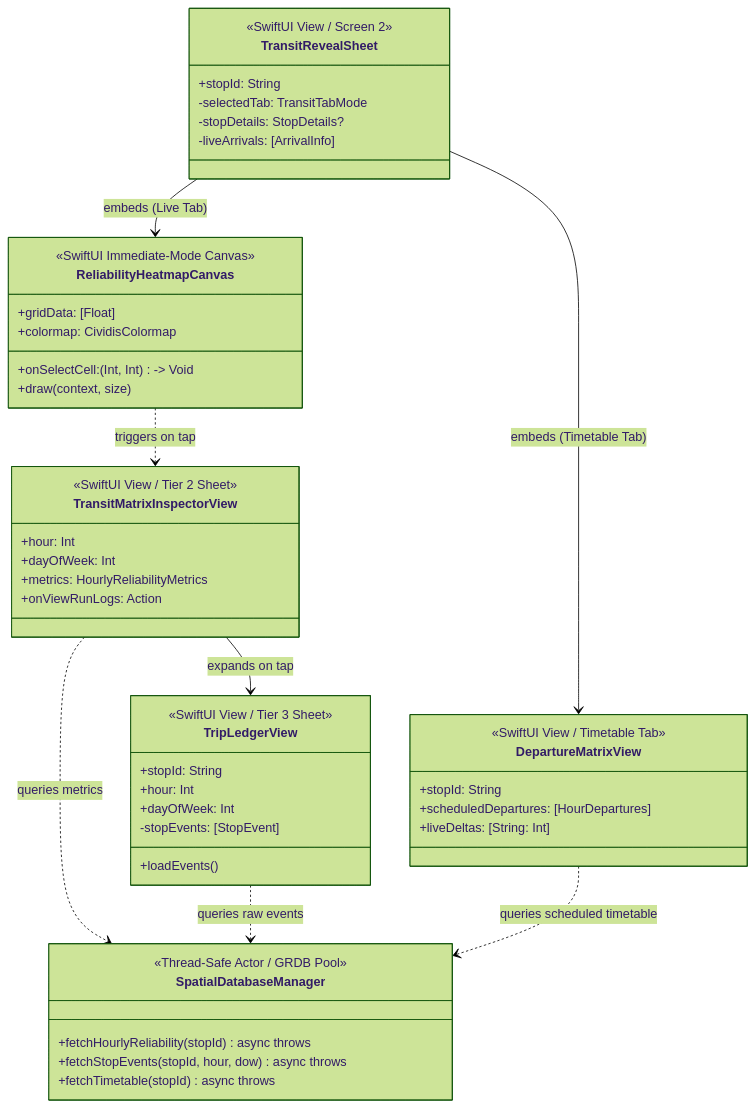
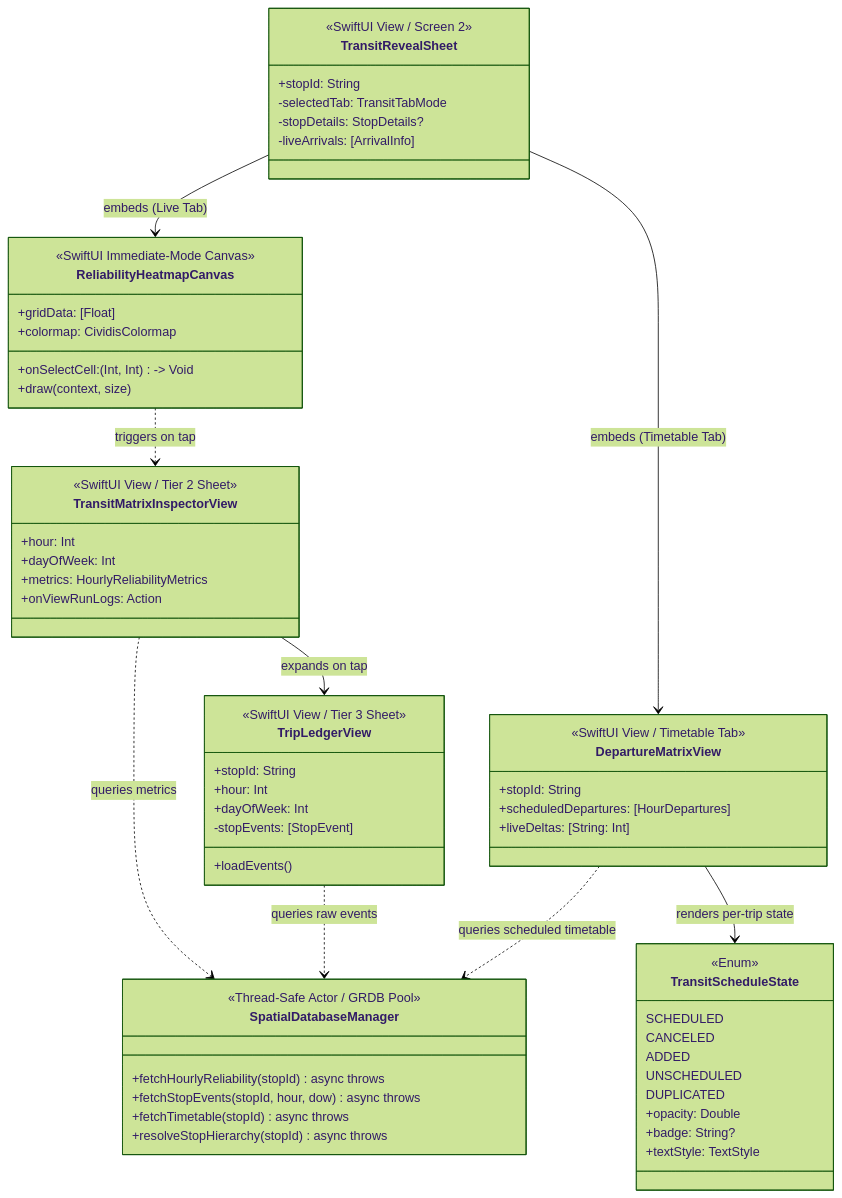
Before and after one commit to walshkang/derivee: the sixth of 6 diagrams in docs/diagrams.md, drawn with Mermaid (forest theme). The commit also changed other lines of this file and 4 other files, not shown here.

First line of the commit message:
docs(wave-l): integrate sleepy hermes architecture blueprint into multi-city specs

````diff
--- a/docs/diagrams.md
+++ b/docs/diagrams.md
@@ -665,59 +686,73 @@
 ```mermaid
 classDiagram
     direction TB
 
     class TransitRevealSheet {
         <<SwiftUI View / Screen 2>>
         +stopId: String
         -selectedTab: TransitTabMode
         -stopDetails: StopDetails?
         -liveArrivals: [ArrivalInfo]
     }
 
     class ReliabilityHeatmapCanvas {
         <<SwiftUI Immediate-Mode Canvas>>
         +gridData: [Float]
         +colormap: CividisColormap
         +onSelectCell: (Int, Int) -> Void
         +draw(context, size)
     }
 
     class TransitMatrixInspectorView {
         <<SwiftUI View / Tier 2 Sheet>>
         +hour: Int
         +dayOfWeek: Int
         +metrics: HourlyReliabilityMetrics
         +onViewRunLogs: Action
     }
 
     class TripLedgerView {
         <<SwiftUI View / Tier 3 Sheet>>
         +stopId: String
         +hour: Int
         +dayOfWeek: Int
         -stopEvents: [StopEvent]
         +loadEvents()
     }
 
     class DepartureMatrixView {
         <<SwiftUI View / Timetable Tab>>
         +stopId: String
         +scheduledDepartures: [HourDepartures]
         +liveDeltas: [String: Int]
     }
 
+    class TransitScheduleState {
+        <<Enum>>
+        SCHEDULED
+        CANCELED
+        ADDED
+        UNSCHEDULED
+        DUPLICATED
+        +opacity: Double
+        +badge: String?
+        +textStyle: TextStyle
+    }
+
     class SpatialDatabaseManager {
         <<Thread-Safe Actor / GRDB Pool>>
         +fetchHourlyReliability(stopId) async throws
         +fetchStopEvents(stopId, hour, dow) async throws
         +fetchTimetable(stopId) async throws
+        +resolveStopHierarchy(stopId) async throws
     }
 
     TransitRevealSheet --> ReliabilityHeatmapCanvas : embeds (Live Tab)
     TransitRevealSheet --> DepartureMatrixView : embeds (Timetable Tab)
     ReliabilityHeatmapCanvas ..> TransitMatrixInspectorView : triggers on tap
     TransitMatrixInspectorView --> TripLedgerView : expands on tap
     TransitMatrixInspectorView ..> SpatialDatabaseManager : queries metrics
     TripLedgerView ..> SpatialDatabaseManager : queries raw events
     DepartureMatrixView ..> SpatialDatabaseManager : queries scheduled timetable
+    DepartureMatrixView --> TransitScheduleState : renders per-trip state
 ```
````
